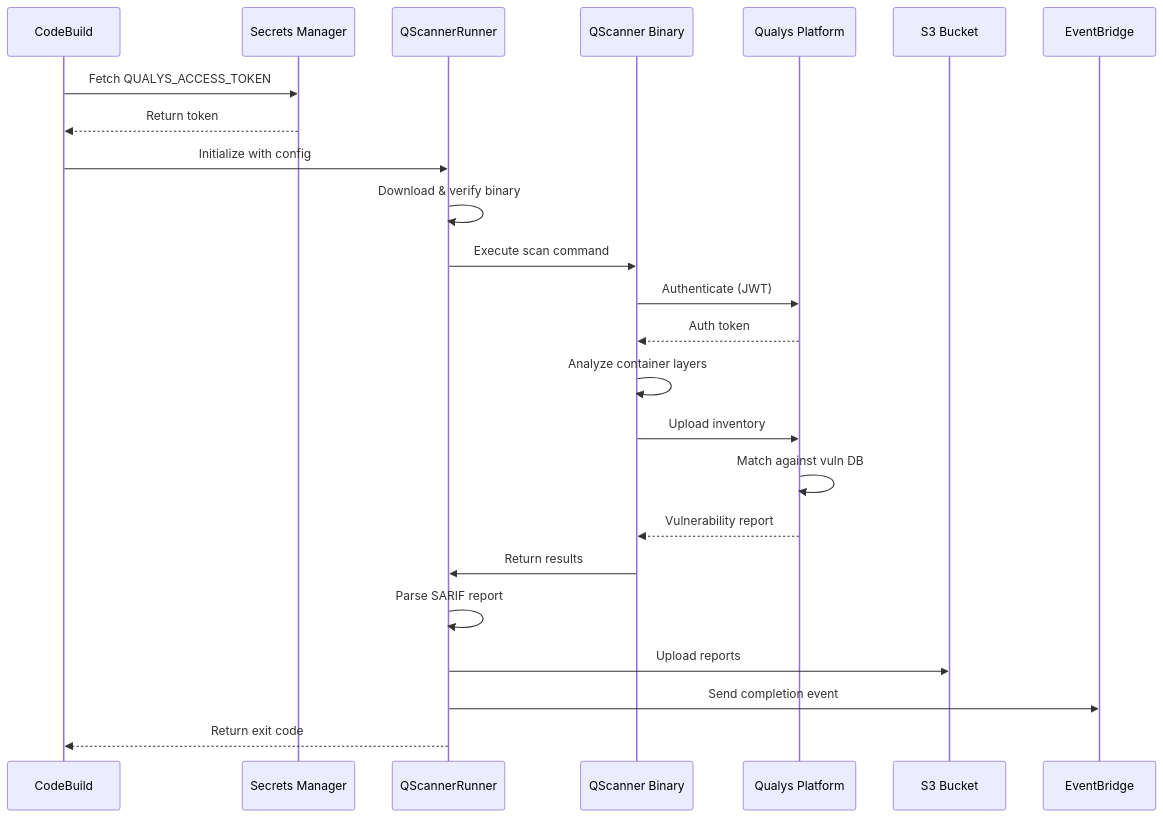
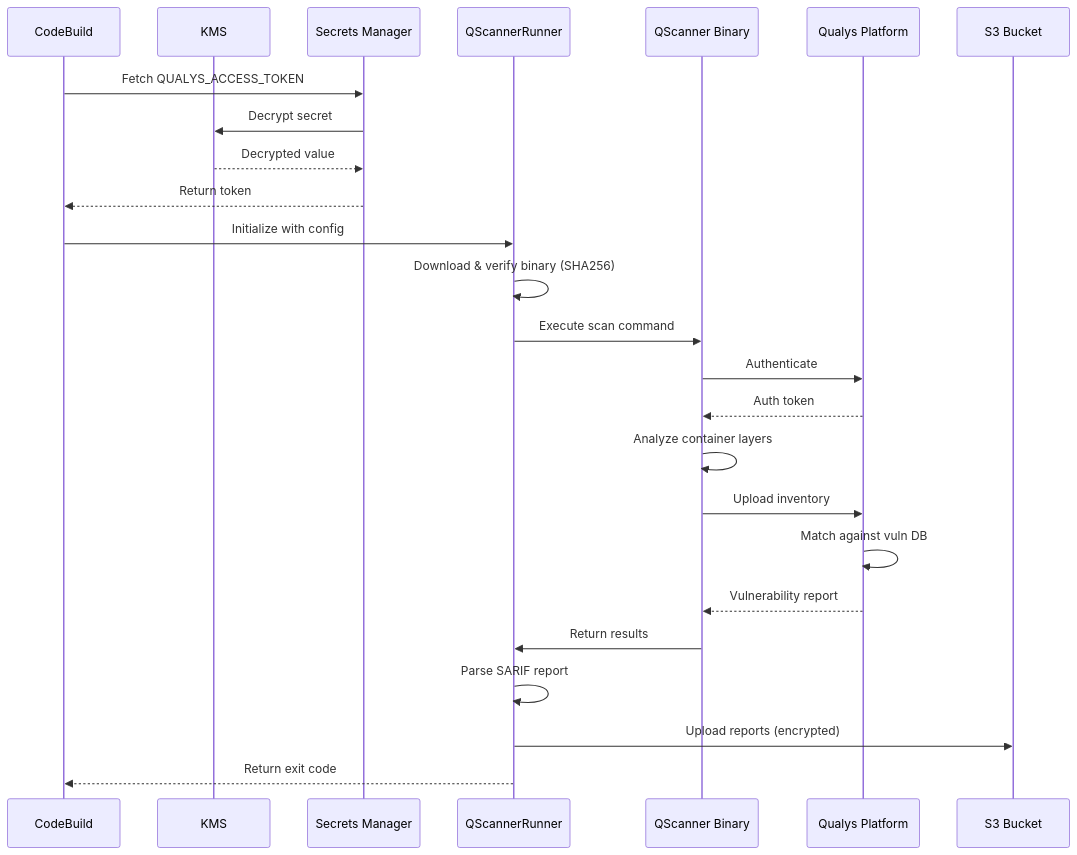
One commit to nelssec/qualys-codebuild changed the third of 16 diagrams in docs/technical-architecture.md. Above: the diagram before and after it, drawn with Mermaid. The commit also changed other lines of this file and 5 other files, not shown here.

````diff
--- a/docs/technical-architecture.md
+++ b/docs/technical-architecture.md
@@ -112,27 +112,28 @@
 ```mermaid
 sequenceDiagram
     participant CB as CodeBuild
+    participant KMS as KMS
     participant SM as Secrets Manager
     participant QR as QScannerRunner
     participant QS as QScanner Binary
     participant QP as Qualys Platform
     participant S3 as S3 Bucket
-    participant EB as EventBridge
 
     CB->>SM: Fetch QUALYS_ACCESS_TOKEN
+    SM->>KMS: Decrypt secret
+    KMS-->>SM: Decrypted value
     SM-->>CB: Return token
     CB->>QR: Initialize with config
-    QR->>QR: Download & verify binary
+    QR->>QR: Download & verify binary (SHA256)
     QR->>QS: Execute scan command
-    QS->>QP: Authenticate (JWT)
+    QS->>QP: Authenticate
     QP-->>QS: Auth token
     QS->>QS: Analyze container layers
     QS->>QP: Upload inventory
     QP->>QP: Match against vuln DB
     QP-->>QS: Vulnerability report
     QS->>QR: Return results
     QR->>QR: Parse SARIF report
-    QR->>S3: Upload reports
-    QR->>EB: Send completion event
+    QR->>S3: Upload reports (encrypted)
     QR-->>CB: Return exit code
 ```
````
